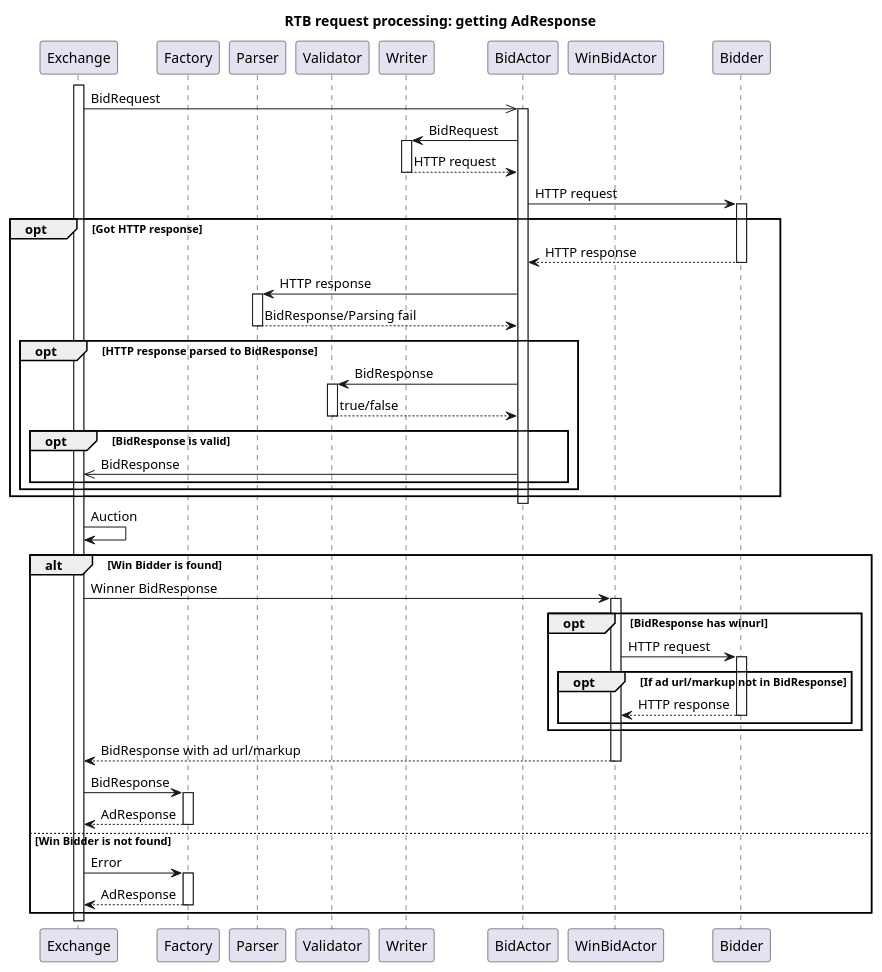
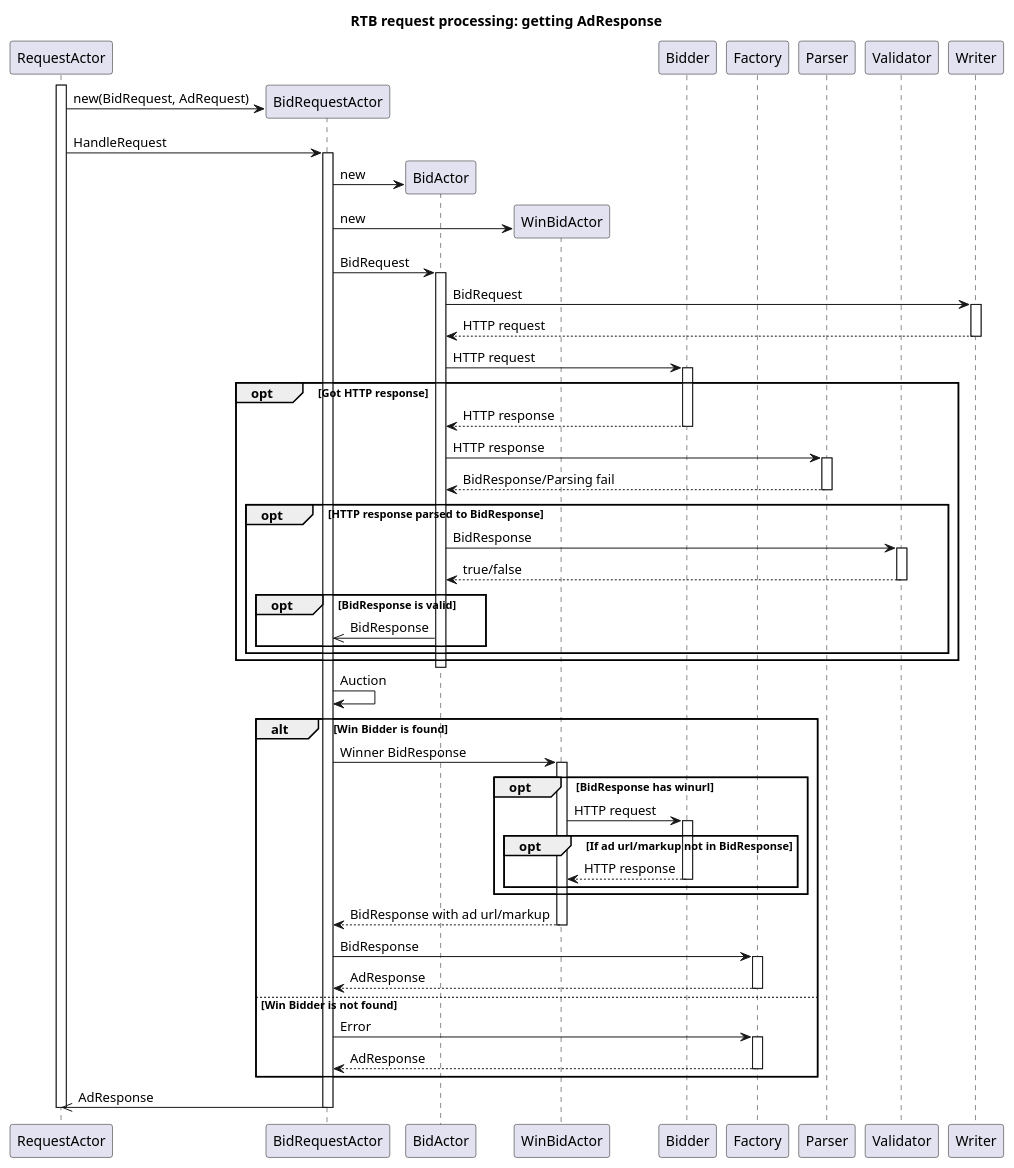
Before and after one commit to bwsw/simple-rtb-exchange: the diagram in diagrams/request_processing_getting_adresponse.puml, drawn with PlantUML. The commit also changed 1 other file, not shown here.

```diff
--- a/diagrams/request_processing_getting_adresponse.puml
+++ b/diagrams/request_processing_getting_adresponse.puml
@@ -1,75 +1,92 @@
 @startuml
 
 title RTB request processing: getting AdResponse
 
-participant Exchange
+participant RequestActor
+participant BidRequestActor
+participant BidActor
+participant WinBidActor
+participant Bidder
 participant Factory
 participant Parser
 participant Validator
 participant Writer
-participant BidActor
-participant WinBidActor
-participant Bidder
 
-activate Exchange
-Exchange ->> BidActor: BidRequest
+activate RequestActor
+
+
+create BidRequestActor
+RequestActor -> BidRequestActor: new(BidRequest, AdRequest)
+RequestActor -> BidRequestActor: HandleRequest
+activate BidRequestActor
+
+create BidActor
+BidRequestActor -> BidActor: new
+
+create WinBidActor
+BidRequestActor -> WinBidActor: new
+
+BidRequestActor -> BidActor: BidRequest
 activate BidActor
-
 BidActor -> Writer: BidRequest
 activate Writer
 Writer --> BidActor: HTTP request
 deactivate Writer
 
 BidActor -> Bidder: HTTP request
 activate Bidder
 opt Got HTTP response
     BidActor <-- Bidder: HTTP response
     deactivate Bidder
 
     BidActor -> Parser: HTTP response
     activate Parser
 
     BidActor <-- Parser: BidResponse/Parsing fail
     deactivate Parser
     opt HTTP response parsed to BidResponse
         BidActor -> Validator: BidResponse
         activate Validator
         BidActor <-- Validator: true/false
         deactivate Validator
         opt BidResponse is valid
-            Exchange <<- BidActor: BidResponse
+            BidRequestActor <<- BidActor: BidResponse
         end
     end
 end
 
 deactivate BidActor
     
-Exchange -> Exchange: Auction
+BidRequestActor -> BidRequestActor: Auction
 
 alt Win Bidder is found
-    Exchange -> WinBidActor: Winner BidResponse
+    BidRequestActor -> WinBidActor: Winner BidResponse
     activate WinBidActor
     opt BidResponse has winurl
         WinBidActor -> Bidder: HTTP request
         activate Bidder
         opt If ad url/markup not in BidResponse
             WinBidActor <-- Bidder: HTTP response
             deactivate Bidder
         end
     end
-    Exchange <-- WinBidActor: BidResponse with ad url/markup
+    BidRequestActor <-- WinBidActor: BidResponse with ad url/markup
     deactivate WinBidActor
 
-    Exchange -> Factory: BidResponse
+    BidRequestActor -> Factory: BidResponse
     activate Factory
-    Exchange <-- Factory: AdResponse
+    BidRequestActor <-- Factory: AdResponse
     deactivate Factory
 
 else Win Bidder is not found
-    Exchange -> Factory: Error
+    BidRequestActor -> Factory: Error
     activate Factory
-    Exchange <-- Factory: AdResponse
+    BidRequestActor <-- Factory: AdResponse
     deactivate Factory
 end
 
+BidRequestActor ->> RequestActor: AdResponse
+deactivate BidRequestActor
+deactivate RequestActor
+
 @enduml
```
